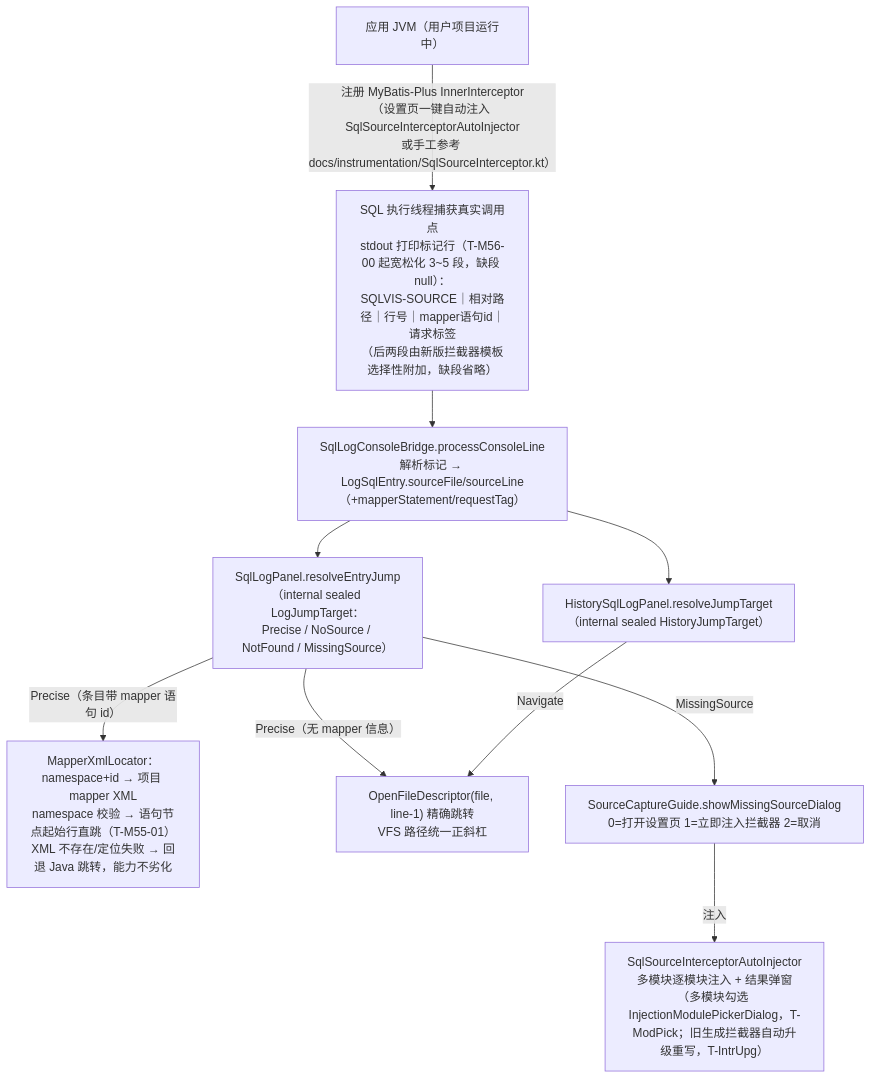
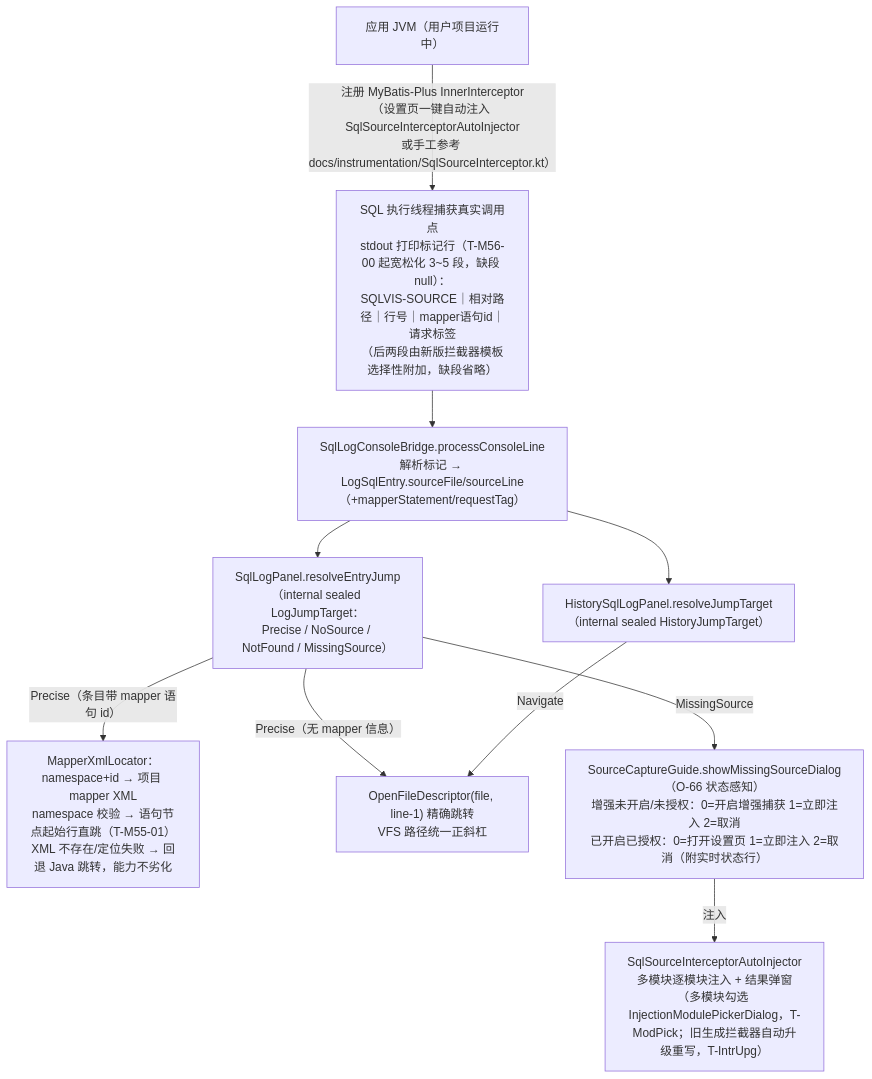
Before and after one commit to JayF211/mybatis-plus-sql-visualizer: diagram 12 of 17 in docs/架构设计/02-核心流程详解.md, drawn with Mermaid. The commit also changed other lines of this file and 11 other files, not shown here.

````diff
--- a/docs/架构设计/02-核心流程详解.md
+++ b/docs/架构设计/02-核心流程详解.md
@@ -523,12 +523,12 @@
 ```mermaid
 flowchart TD
     APP["应用 JVM（用户项目运行中）"] -->|"注册 MyBatis-Plus InnerInterceptor<br/>（设置页一键自动注入 SqlSourceInterceptorAutoInjector<br/>或手工参考 docs/instrumentation/SqlSourceInterceptor.kt）"| MARK["SQL 执行线程捕获真实调用点<br/>stdout 打印标记行（T-M56-00 起宽松化 3~5 段，缺段 null）：<br/>SQLVIS-SOURCE｜相对路径｜行号｜mapper语句id｜请求标签<br/>（后两段由新版拦截器模板选择性附加，缺段省略）"]
     MARK --> BRIDGE["SqlLogConsoleBridge.processConsoleLine<br/>解析标记 → LogSqlEntry.sourceFile/sourceLine<br/>（+mapperStatement/requestTag）"]
     BRIDGE --> P1["SqlLogPanel.resolveEntryJump（internal sealed LogJumpTarget：<br/>Precise / NoSource / NotFound / MissingSource）"]
     BRIDGE --> H1["HistorySqlLogPanel.resolveJumpTarget（internal sealed HistoryJumpTarget）"]
     P1 -->|"Precise（条目带 mapper 语句 id）"| X["MapperXmlLocator：namespace+id → 项目 mapper XML<br/>namespace 校验 → 语句节点起始行直跳（T-M55-01）<br/>XML 不存在/定位失败 → 回退 Java 跳转，能力不劣化"]
     P1 -->|"Precise（无 mapper 信息）"| J["OpenFileDescriptor(file, line-1) 精确跳转<br/>VFS 路径统一正斜杠"]
     H1 -->|"Navigate"| J
-    P1 -->|"MissingSource"| G["SourceCaptureGuide.showMissingSourceDialog<br/>0=打开设置页 1=立即注入拦截器 2=取消"]
+    P1 -->|"MissingSource"| G["SourceCaptureGuide.showMissingSourceDialog（O-66 状态感知）<br/>增强未开启/未授权：0=开启增强捕获 1=立即注入 2=取消<br/>已开启已授权：0=打开设置页 1=立即注入 2=取消（附实时状态行）"]
     G -->|"注入"| INJ["SqlSourceInterceptorAutoInjector<br/>多模块逐模块注入 + 结果弹窗（多模块勾选 InjectionModulePickerDialog，T-ModPick；旧生成拦截器自动升级重写，T-IntrUpg）"]
 ```
````
